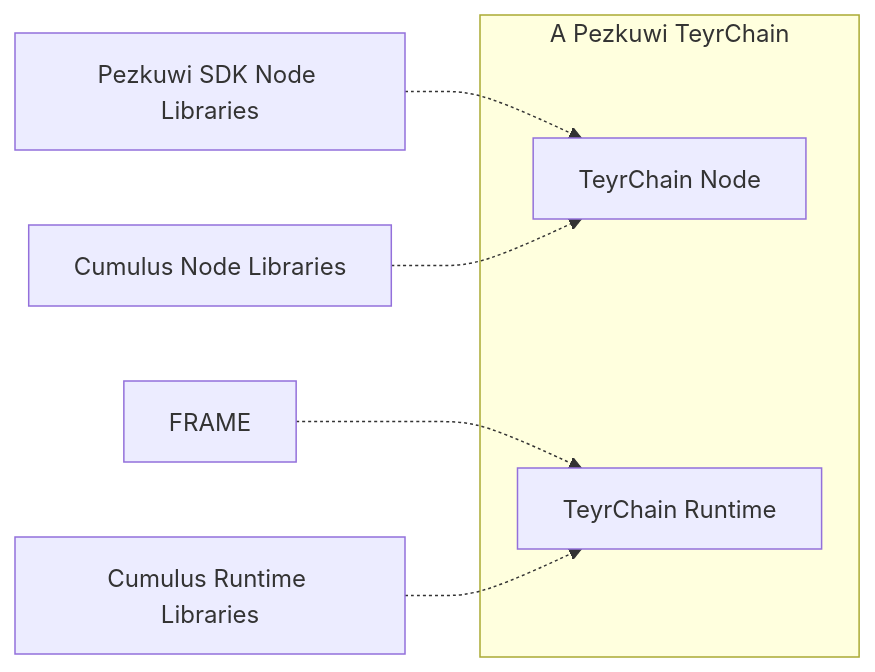
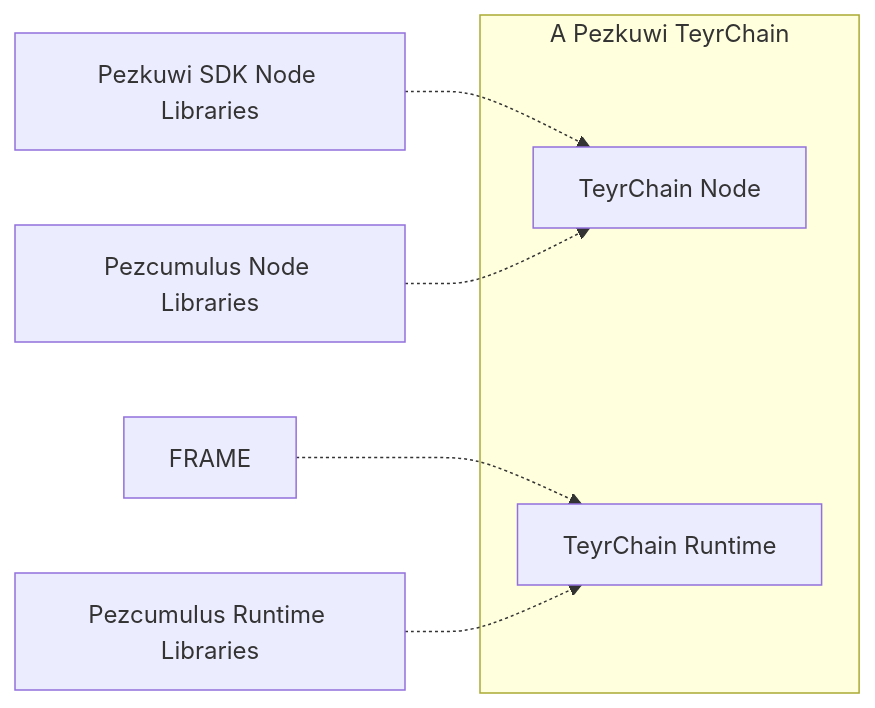
One commit to pezkuwichain/pezkuwi-sdk changed the diagram in docs/mermaid/pezkuwi_sdk_teyrchain.mmd. Above: the diagram before and after it, drawn with Mermaid. The commit also changed 10264 other files, not shown here.

```diff
--- a/docs/mermaid/pezkuwi_sdk_teyrchain.mmd
+++ b/docs/mermaid/pezkuwi_sdk_teyrchain.mmd
@@ -1,11 +1,11 @@
 flowchart LR
 	subgraph TeyrChain[A Pezkuwi TeyrChain]
 		TeyrChainNode[TeyrChain Node]
 		TeyrChainRuntime[TeyrChain Runtime]
 	end
 
     FRAME -.-> TeyrChainRuntime
     PezkuwiSDK[Pezkuwi SDK Node Libraries] -.-> TeyrChainNode
 
-    CumulusC[Cumulus Node Libraries] -.-> TeyrChainNode
-    CumulusR[Cumulus Runtime Libraries] -.-> TeyrChainRuntime
+    CumulusC[Pezcumulus Node Libraries] -.-> TeyrChainNode
+    CumulusR[Pezcumulus Runtime Libraries] -.-> TeyrChainRuntime
```
